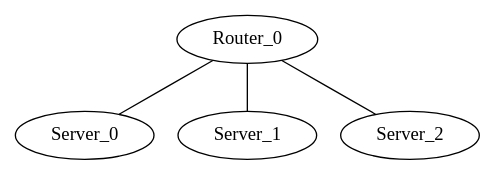
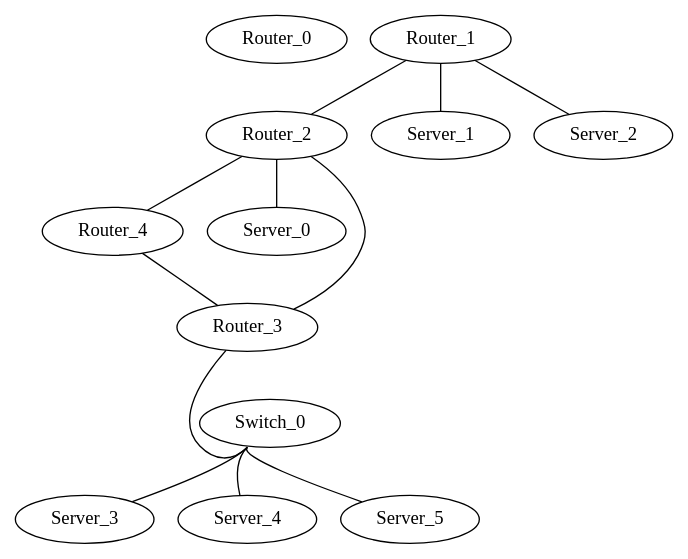
Before and after one commit to matferronato/TopologyGen: the diagram in TopologyGen/TopologyInfo/topology.dot, drawn with Graphviz. The commit also changed 72 other files, not shown here.

```diff
--- a/TopologyGen/TopologyInfo/topology.dot
+++ b/TopologyGen/TopologyInfo/topology.dot
@@ -1,9 +1,25 @@
 graph vx {
-"Router_0" [function="leaf" vagrant="eth1" os="Windows 10" version="1.1" memory="500" config="./helper_scripts/config_production_switch.sh" ]
+"Router_0" [function="leaf" vagrant="eth1" os="Ubuntu" version="1.1" memory="500" config="./helper_scripts/config_production_switch.sh" ]
+"Router_1" [function="leaf" vagrant="eth1" os="Ubuntu" version="1.1" memory="500" config="./helper_scripts/config_production_switch.sh" ]
+"Router_2" [function="leaf" vagrant="eth1" os="Ubuntu" version="1.1" memory="500" config="./helper_scripts/config_production_switch.sh" ]
+"Router_3" [function="leaf" vagrant="eth1" os="Ubuntu" version="1.1" memory="500" config="./helper_scripts/config_production_switch.sh" ]
+"Router_4" [function="leaf" vagrant="eth1" os="Ubuntu" version="1.1" memory="500" config="./helper_scripts/config_production_switch.sh" ]
 "Server_0" [function="leaf" vagrant="eth1" os="Ubuntu" version="1.1" memory="500" config="./helper_scripts/config_production_switch.sh" ]
 "Server_1" [function="leaf" vagrant="eth1" os="Ubuntu" version="1.1" memory="500" config="./helper_scripts/config_production_switch.sh" ]
-"Server_2" [function="leaf" vagrant="eth1" os="Ubuntu" version="1.1" memory="5000" config="./helper_scripts/config_production_switch.sh" ]
-"Router_0":"eth1" -- "Server_0":"eth100"
-"Router_0":"eth2" -- "Server_1":"eth100"
-"Router_0":"eth3" -- "Server_2":"eth100"
+"Server_2" [function="leaf" vagrant="eth1" os="Ubuntu" version="1.1" memory="500" config="./helper_scripts/config_production_switch.sh" ]
+"Server_3" [function="leaf" vagrant="eth1" os="Ubuntu" version="1.1" memory="500" config="./helper_scripts/config_production_switch.sh" ]
+"Server_4" [function="leaf" vagrant="eth1" os="Ubuntu" version="1.1" memory="500" config="./helper_scripts/config_production_switch.sh" ]
+"Server_5" [function="leaf" vagrant="eth1" os="Ubuntu" version="1.1" memory="500" config="./helper_scripts/config_production_switch.sh" ]
+"Switch_0" [function="leaf" vagrant="eth1" os="Ubuntu" version="1.1" memory="500" config="./helper_scripts/config_production_switch.sh" ]
+"Switch_0":"swp1" -- "Server_3":"eth50"
+"Switch_0":"swp2" -- "Server_4":"eth50"
+"Switch_0":"swp3" -- "Server_5":"eth50"
+"Router_3":"eth50" -- "Switch_0":"swp100"
+"Router_4":"eth100" -- "Router_3":"eth100"
+"Router_2":"eth100" -- "Router_4":"eth101"
+"Router_3":"eth101" -- "Router_2":"eth101"
+"Router_2":"eth1" -- "Server_0":"eth100"
+"Router_1":"eth100" -- "Router_2":"eth102"
+"Router_1":"eth1" -- "Server_1":"eth100"
+"Router_1":"eth2" -- "Server_2":"eth100"
 }
```
